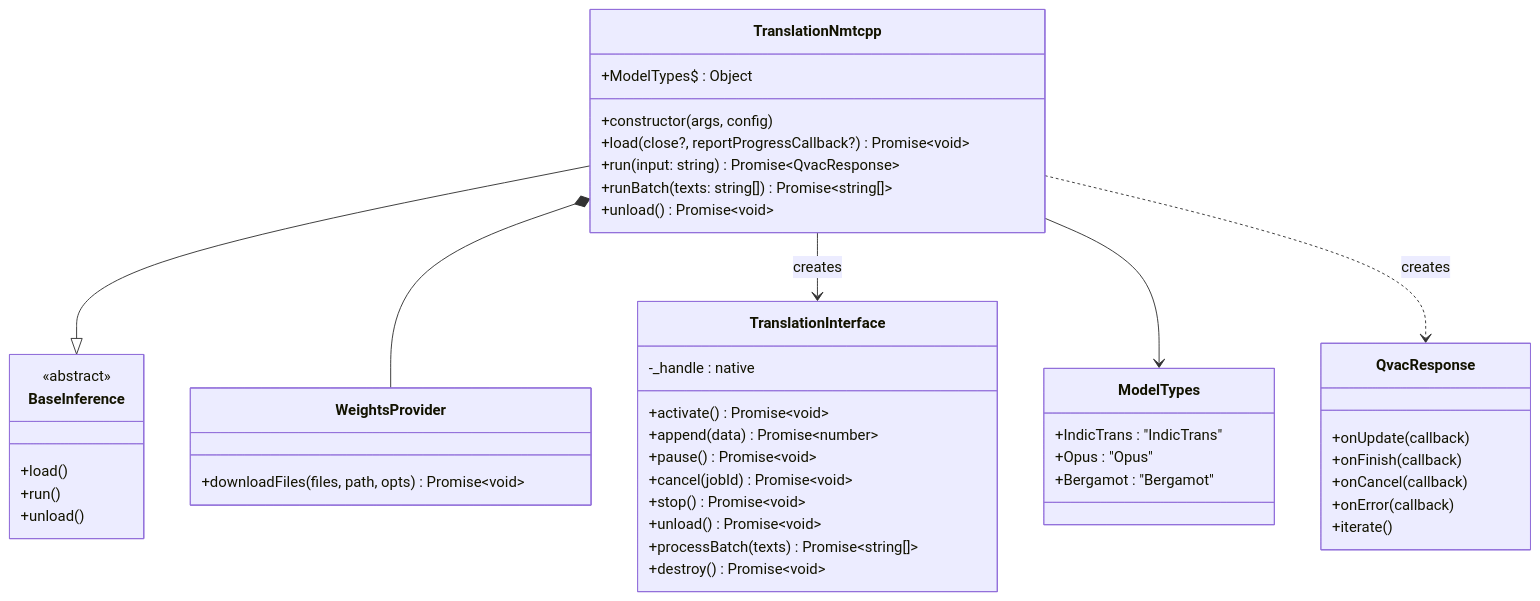
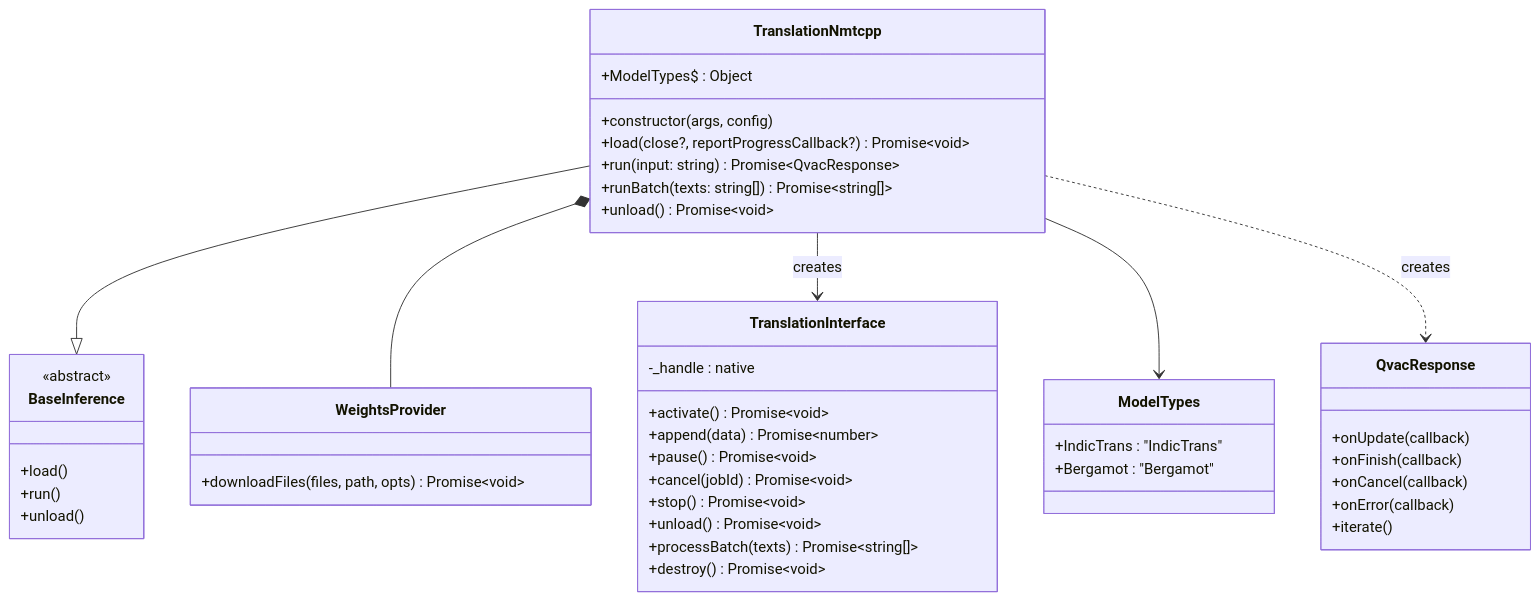
Before and after one commit to donriddo/qvac: the second of 4 diagrams in packages/qvac-lib-infer-nmtcpp/docs/architecture.md, drawn with Mermaid. The commit also changed other lines of this file and 6 other files, not shown here.

First line of the commit message:
QVAC-14581 doc: remove Opus/Marian references from architecture and product docs (#1565)

````diff
--- a/packages/qvac-lib-infer-nmtcpp/docs/architecture.md
+++ b/packages/qvac-lib-infer-nmtcpp/docs/architecture.md
@@ -159,54 +159,53 @@
 ```mermaid
 classDiagram
     class TranslationNmtcpp {
         +ModelTypes$ : Object
         +constructor(args, config)
         +load(close?, reportProgressCallback?) Promise~void~
         +run(input: string) Promise~QvacResponse~
         +runBatch(texts: string[]) Promise~string[]~
         +unload() Promise~void~
     }
 
     class ModelTypes {
         +IndicTrans : "IndicTrans"
-        +Opus : "Opus"
         +Bergamot : "Bergamot"
     }
 
     class TranslationInterface {
         -_handle : native
         +activate() Promise~void~
         +append(data) Promise~number~
         +pause() Promise~void~
         +cancel(jobId) Promise~void~
         +stop() Promise~void~
         +unload() Promise~void~
         +processBatch(texts) Promise~string[]~
         +destroy() Promise~void~
     }
 
     class BaseInference {
         <<abstract>>
         +load()
         +run()
         +unload()
     }
 
     class QvacResponse {
         +onUpdate(callback)
         +onFinish(callback)
         +onCancel(callback)
         +onError(callback)
         +iterate()
     }
 
     class WeightsProvider {
         +downloadFiles(files, path, opts) Promise~void~
     }
 
     TranslationNmtcpp --|> BaseInference
     TranslationNmtcpp *-- WeightsProvider
     TranslationNmtcpp --> TranslationInterface : creates
     TranslationNmtcpp --> ModelTypes
     TranslationNmtcpp ..> QvacResponse : creates
 ```
````
